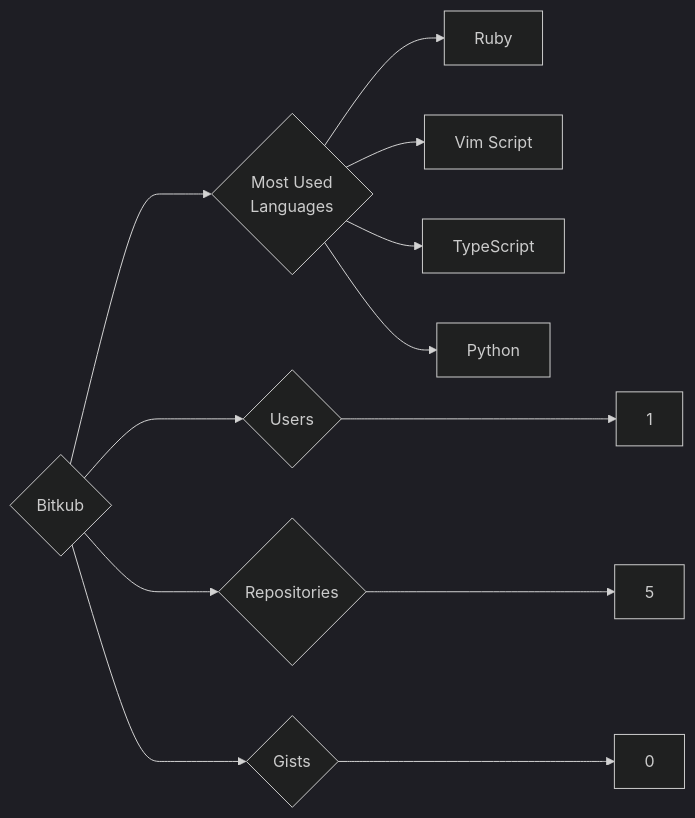
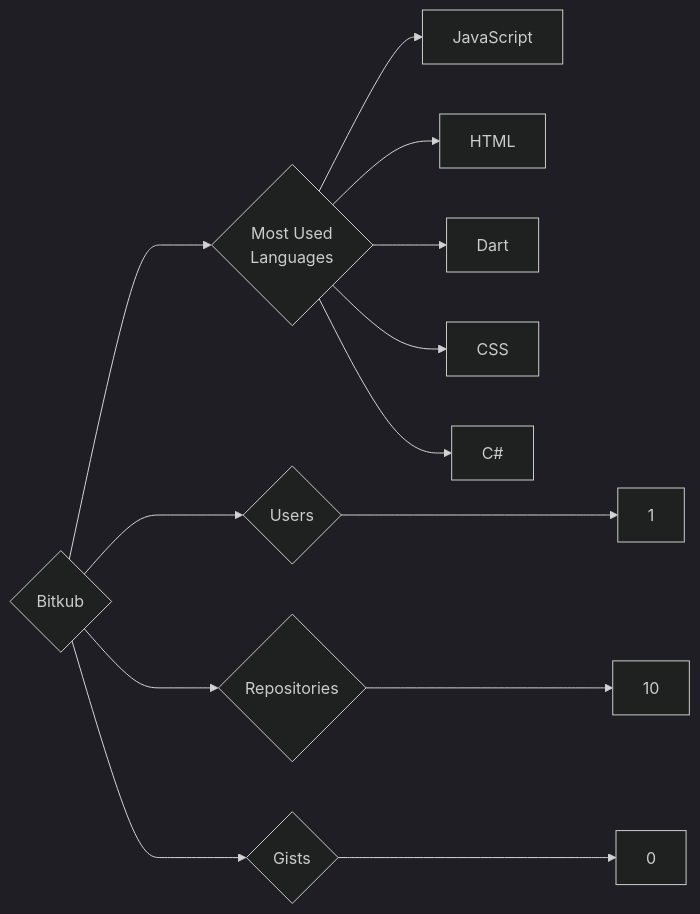
The diagram in targets/Bitkub/README.md (trickest/insiders), drawn with Mermaid (dark theme) before and after one commit. The commit also changed 776 other files, not shown here.

````diff
--- a/targets/Bitkub/README.md
+++ b/targets/Bitkub/README.md
@@ -3,12 +3,13 @@
 ```mermaid
 graph LR
 COMPANY_NAME{Bitkub}
 COMPANY_NAME ---> U{Users} ---> UN[1]
-COMPANY_NAME ---> R{Repositories} ---> RN[5]
+COMPANY_NAME ---> R{Repositories} ---> RN[10]
 COMPANY_NAME ---> G{Gists} ---> GN[0]
 COMPANY_NAME ---> ML{Most Used<br>Languages}
-ML --> Ruby[Ruby]
-ML --> Vim_Script[Vim Script]
-ML --> TypeScript[TypeScript]
-ML --> Python[Python]
+ML --> JavaScript[JavaScript]
+ML --> HTML[HTML]
+ML --> Dart[Dart]
+ML --> CSS[CSS]
+ML --> C#[C#]
 ```
````
